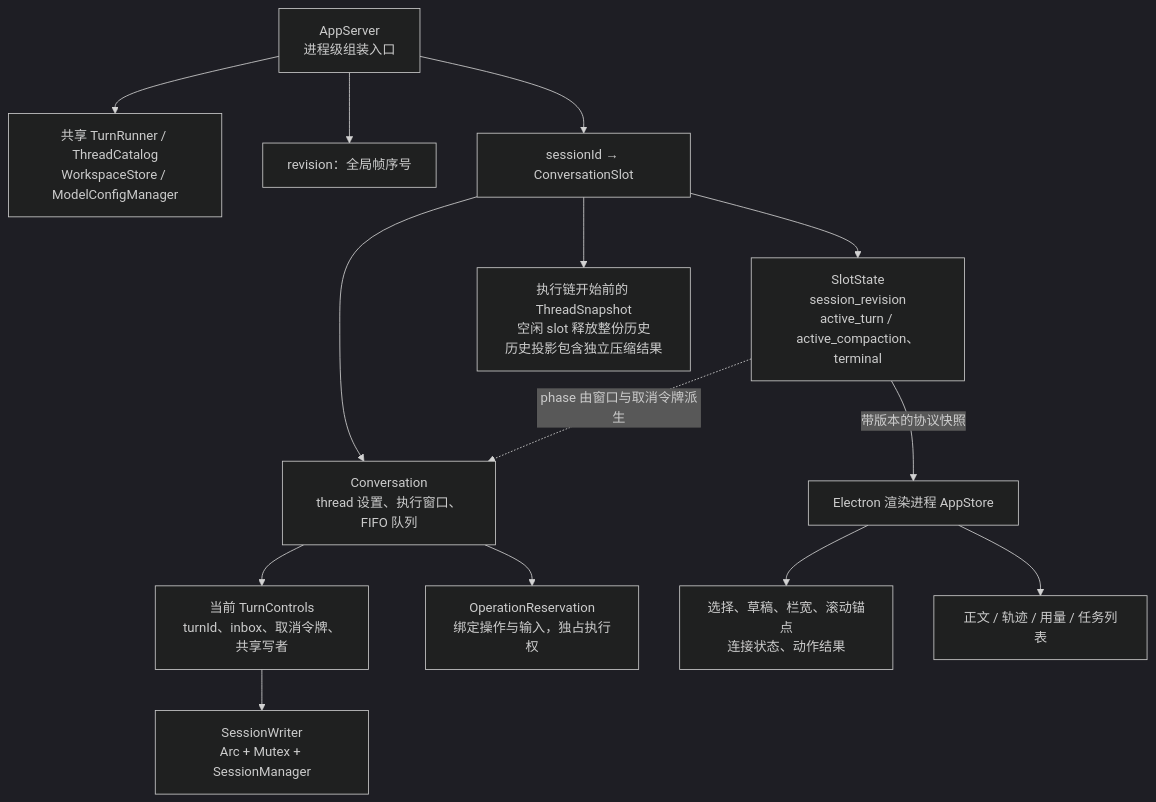
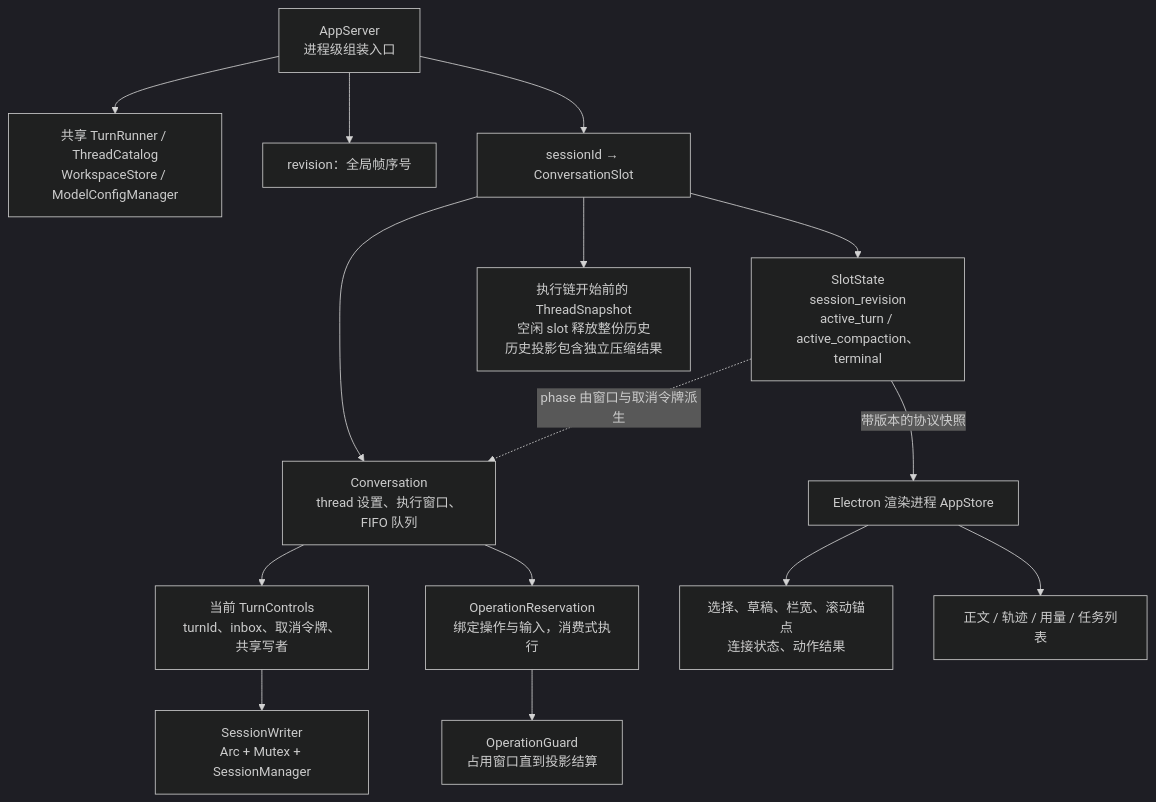
Before and after one commit to qjcnmd/singularity-agent: the fifth of 29 diagrams in docs/architecture.md, drawn with Mermaid (dark theme). The commit also changed other lines of this file and 19 other files, not shown here.

````diff
--- a/docs/architecture.md
+++ b/docs/architecture.md
@@ -139,16 +139,17 @@
 ```mermaid
 flowchart TB
     WB["AppServer<br/>进程级组装入口"] --> Shared["共享 TurnRunner / ThreadCatalog<br/>WorkspaceStore / ModelConfigManager"]
     WB --> Order["revision：全局帧序号"]
     WB --> Slots["sessionId → ConversationSlot"]
     Slots --> Conv["Conversation<br/>thread 设置、执行窗口、FIFO 队列"]
     Slots --> Projection["SlotState<br/>session_revision<br/>active_turn / active_compaction、terminal"]
     Slots --> Stable["执行链开始前的 ThreadSnapshot<br/>空闲 slot 释放整份历史<br/>历史投影包含独立压缩结果"]
     Conv --> Running["当前 TurnControls<br/>turnId、inbox、取消令牌、共享写者"]
-    Conv --> Reservation["OperationReservation<br/>绑定操作与输入，独占执行权"]
+    Conv --> Reservation["OperationReservation<br/>绑定操作与输入，消费式执行"]
+    Reservation --> Guard["OperationGuard<br/>占用窗口直到投影结算"]
     Running --> Writer["SessionWriter<br/>Arc + Mutex + SessionManager"]
     Projection -. "phase 由窗口与取消令牌派生" .-> Conv
     Projection -->|"带版本的协议快照"| Store["Electron 渲染进程 AppStore"]
     Store --> UIState["选择、草稿、栏宽、滚动锚点<br/>连接状态、动作结果"]
     Store --> Views["正文 / 轨迹 / 用量 / 任务列表"]
 ```
````
